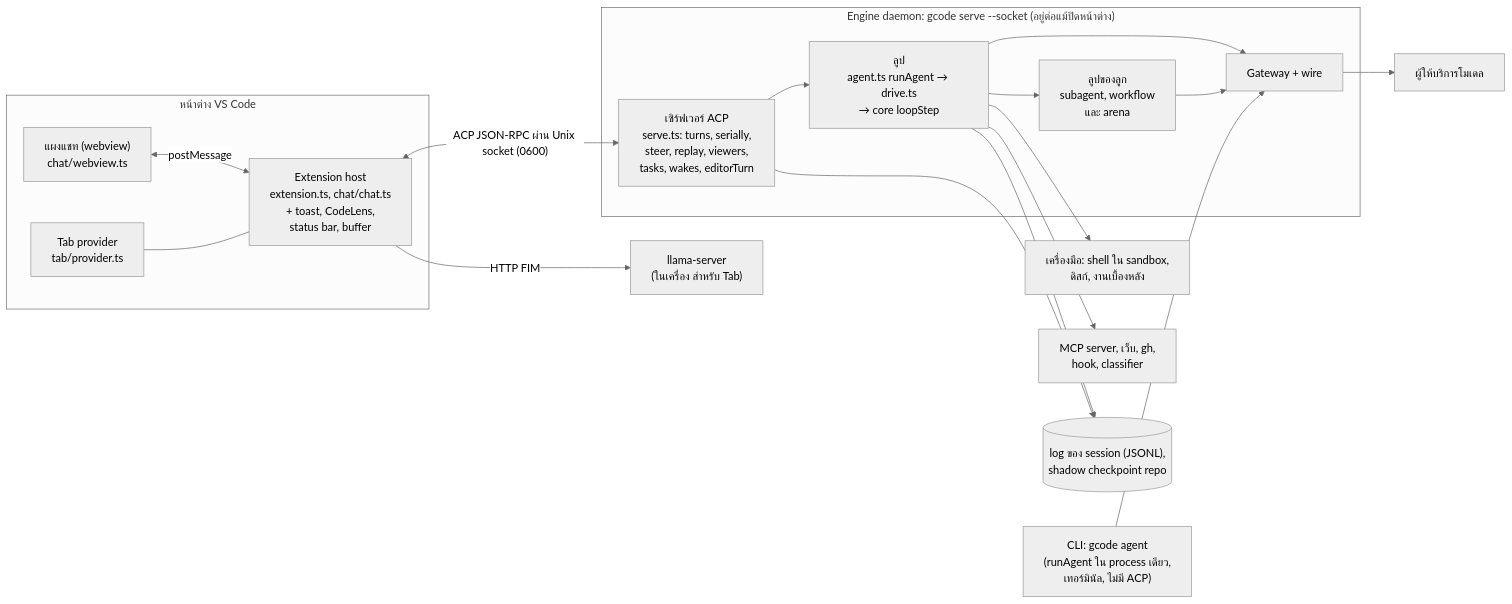
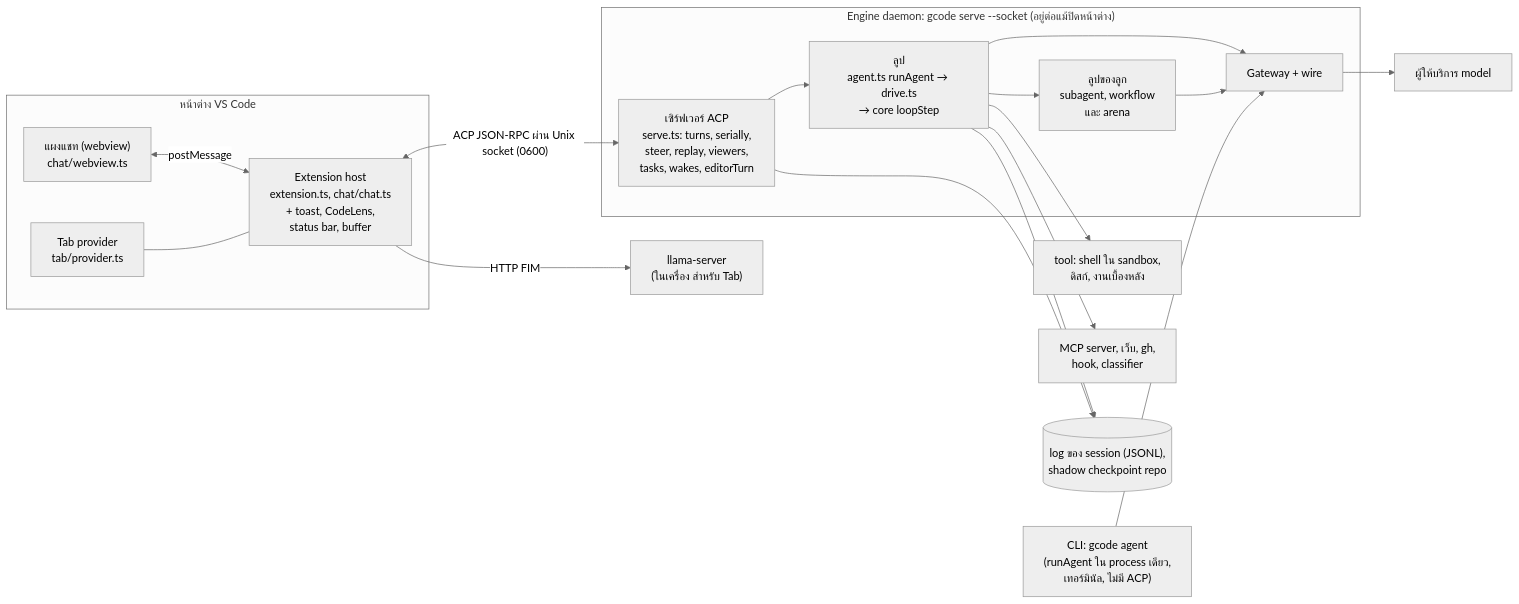
One commit to GA-MO/geno changed the diagram in packages/docs/src/content/docs/concepts/processes.md. Above: the diagram before and after it, drawn with Mermaid (neutral theme). The commit also changed 133 other files, not shown here.

First line of the commit message:
Write model, tool, turn and subagent in English in every page, as the language rule says

````diff
--- a/packages/docs/src/content/docs/concepts/processes.md
+++ b/packages/docs/src/content/docs/concepts/processes.md
@@ -11,32 +11,32 @@
 ```mermaid
 flowchart LR
   subgraph Window["หน้าต่าง VS Code"]
     W["แผงแชท (webview)<br/>chat/webview.ts"]
     X["Extension host<br/>extension.ts, chat/chat.ts<br/>+ toast, CodeLens,<br/>status bar, buffer"]
     T["Tab provider<br/>tab/provider.ts"]
   end
   L["llama-server<br/>(ในเครื่อง สำหรับ Tab)"]
   subgraph Engine["Engine daemon: gcode serve --socket (อยู่ต่อแม้ปิดหน้าต่าง)"]
     S["เซิร์ฟเวอร์ ACP<br/>serve.ts: turns, serially,<br/>steer, replay, viewers,<br/>tasks, wakes, editorTurn"]
     R["ลูป<br/>agent.ts runAgent → drive.ts<br/>→ core loopStep"]
     C["ลูปของลูก<br/>subagent, workflow<br/>และ arena"]
     G["Gateway + wire"]
   end
-  P["ผู้ให้บริการโมเดล"]
-  O["เครื่องมือ: shell ใน sandbox,<br/>ดิสก์, งานเบื้องหลัง"]
+  P["ผู้ให้บริการ model"]
+  O["tool: shell ใน sandbox,<br/>ดิสก์, งานเบื้องหลัง"]
   E["MCP server, เว็บ, gh,<br/>hook, classifier"]
   LOG[("log ของ session (JSONL),<br/>shadow checkpoint repo")]
   W <-- postMessage --> X
   X <-- "ACP JSON-RPC ผ่าน Unix socket (0600)" --> S
   X -- HTTP FIM --> L
   T --- X
   S --> R
   R --> C
   R --> G --> P
   C --> G
   R --> O
   R --> E
   R --> LOG
   S --> LOG
   CLI["CLI: gcode agent<br/>(runAgent ใน process เดียว,<br/>เทอร์มินัล, ไม่มี ACP)"] --> G
 ```
````
